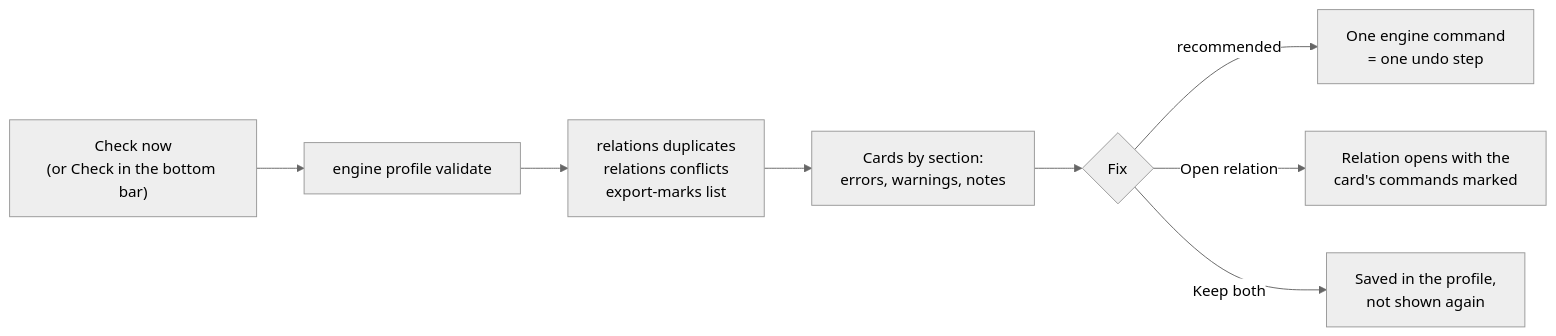
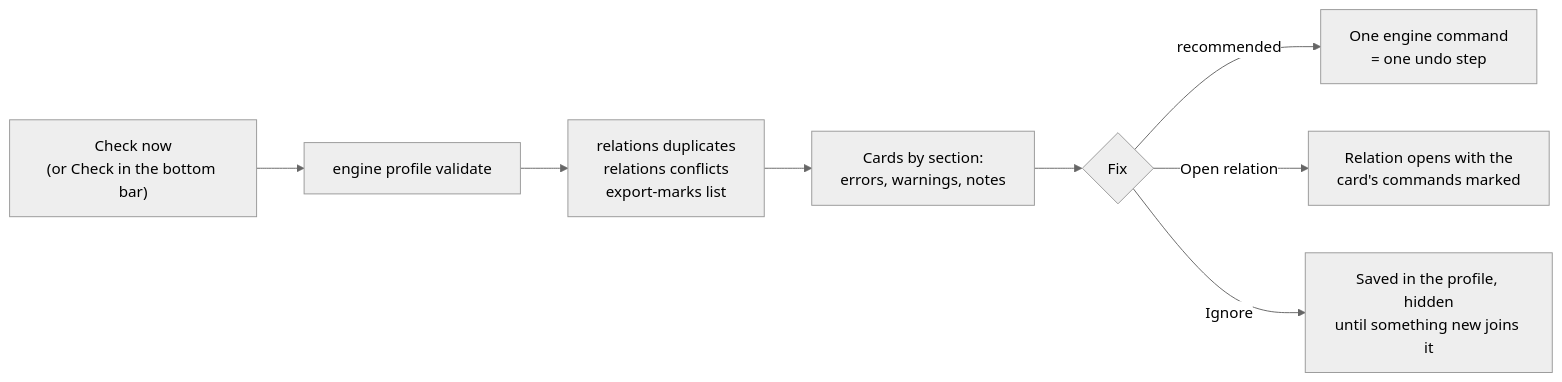
One commit to Holdi601/JoystickProfiler2 changed the diagram in website/content/flows/check.md. Above: the diagram before and after it, drawn with Mermaid (neutral theme). The commit also changed other lines of this file and 100 other files, not shown here.

````diff
--- a/website/content/flows/check.md
+++ b/website/content/flows/check.md
@@ -15,10 +15,10 @@
 ```mermaid
 flowchart LR
   A["Check now<br/>(or Check in the bottom bar)"] --> B["engine profile validate"]
   B --> C["relations duplicates<br/>relations conflicts<br/>export-marks list"]
   C --> D["Cards by section:<br/>errors, warnings, notes"]
   D --> E{"Fix"}
   E -->|recommended| F["One engine command<br/>= one undo step"]
   E -->|Open relation| G["Relation opens with the<br/>card's commands marked"]
-  E -->|Keep both| H["Saved in the profile,<br/>not shown again"]
+  E -->|Ignore| H["Saved in the profile, hidden<br/>until something new joins it"]
 ```
````
